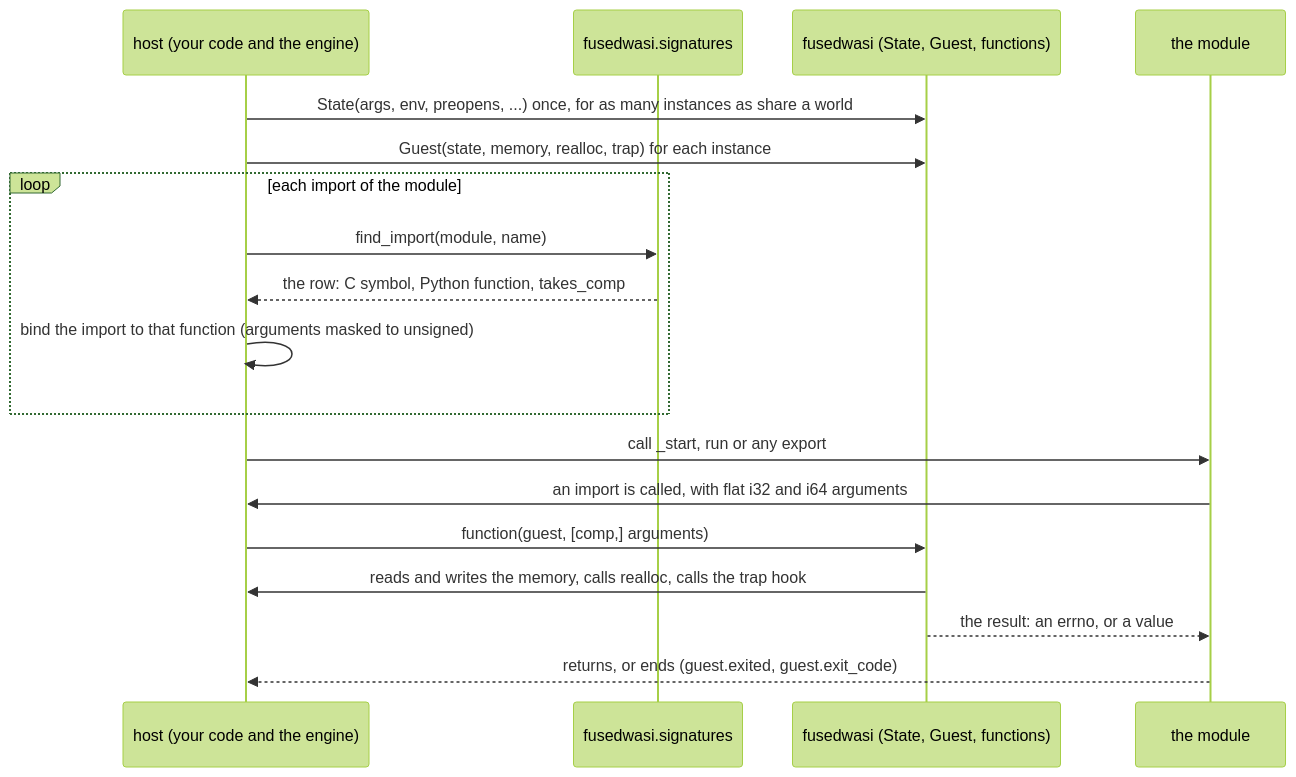
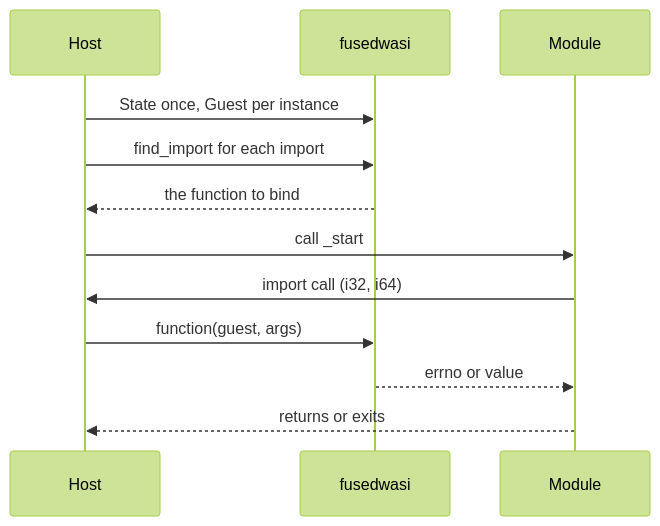
One commit to natify-sh/fusedwasi changed the second of 2 diagrams in README.md. Above: the diagram before and after it, drawn with Mermaid (forest theme). The commit also changed other lines of this file, not shown here.

Commit message:
README: the two diagrams are narrow and simple (a vertical flow of six boxes, a sequence of three participants)

````diff
--- a/README.md
+++ b/README.md
@@ -78,21 +66,14 @@
 ```mermaid
 sequenceDiagram
-    participant H as host (your code and the engine)
-    participant T as fusedwasi.signatures
-    participant F as fusedwasi (State, Guest, functions)
-    participant M as the module
-
-    H->>F: State(args, env, preopens, ...) once, for as many instances as share a world
-    H->>F: Guest(state, memory, realloc, trap) for each instance
-    loop each import of the module
-        H->>T: find_import(module, name)
-        T-->>H: the row: C symbol, Python function, takes_comp
-        H->>H: bind the import to that function (arguments masked to unsigned)
-    end
-    H->>M: call _start, run or any export
-    M->>H: an import is called, with flat i32 and i64 arguments
-    H->>F: function(guest, [comp,] arguments)
-    F->>H: reads and writes the memory, calls realloc, calls the trap hook
-    F-->>M: the result: an errno, or a value
-    M-->>H: returns, or ends (guest.exited, guest.exit_code)
+    participant H as Host
+    participant F as fusedwasi
+    participant M as Module
+    H->>F: State once, Guest per instance
+    H->>F: find_import for each import
+    F-->>H: the function to bind
+    H->>M: call _start
+    M->>H: import call (i32, i64)
+    H->>F: function(guest, args)
+    F-->>M: errno or value
+    M-->>H: returns or exits
 ```
````
